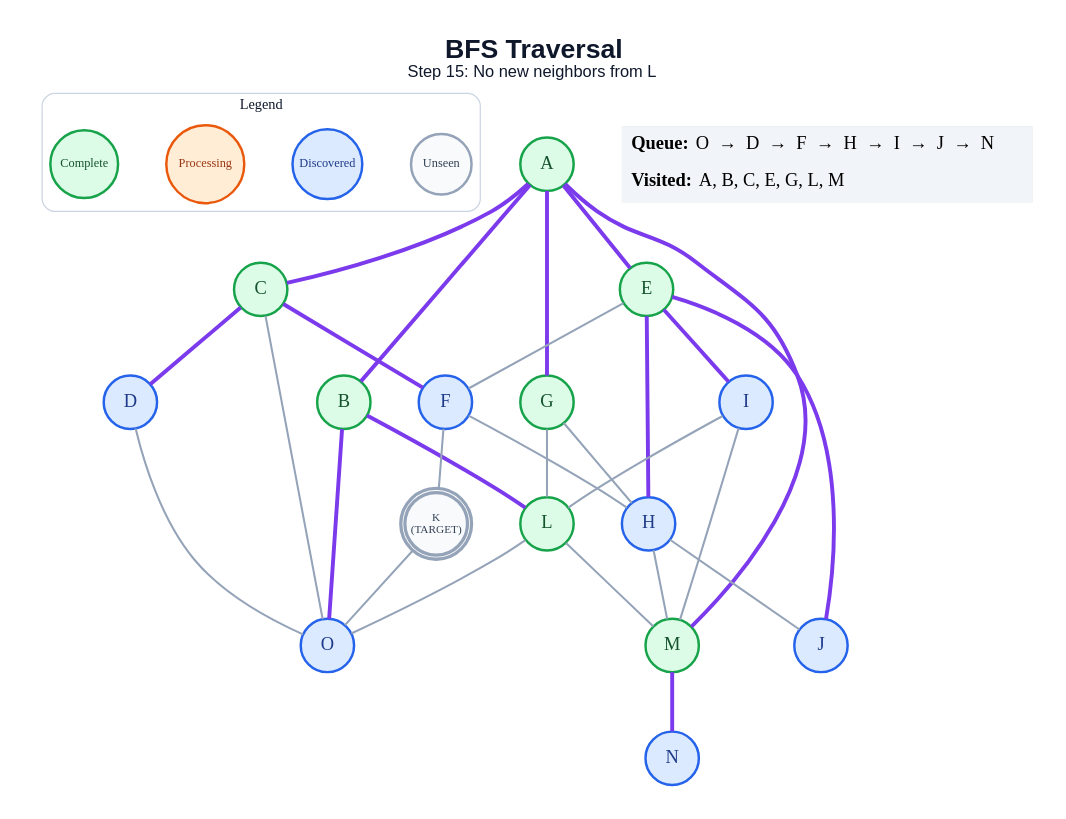
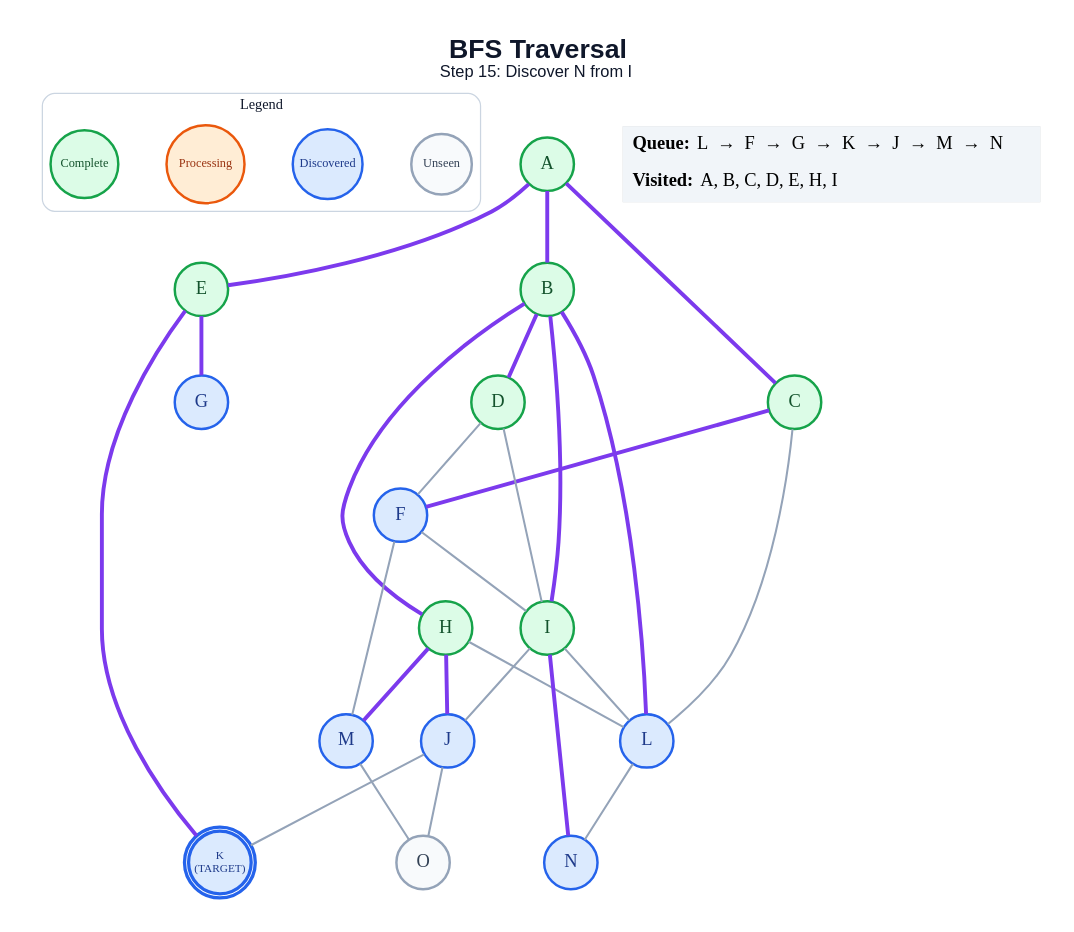
Before and after one commit to anon7238593-create/ai-slop: the diagram in generated/specific-node/bfs/step_15.dot, drawn with Graphviz. The commit also changed 277 other files, not shown here.

```diff
--- a/generated/specific-node/bfs/step_15.dot
+++ b/generated/specific-node/bfs/step_15.dot
@@ -1,61 +1,59 @@
 graph traversal {
   graph [layout=dot, rankdir=TB, bgcolor="#FFFFFF", pad="0.35", nodesep="0.65", ranksep="0.8", fontname="Arial"];
   node [shape=circle, style="filled", fontname="Arial Bold", fontsize=18, width=0.72, fixedsize=true, penwidth=2.4];
   edge [color="#94A3B8", penwidth=2.0];
-  label=<<B>BFS Traversal</B><BR/><FONT POINT-SIZE="16">Step 15: No new neighbors from L</FONT>>; labelloc="t"; fontsize=26; fontname="Arial"; fontcolor="#0F172A";
+  label=<<B>BFS Traversal</B><BR/><FONT POINT-SIZE="16">Step 15: Discover N from I</FONT>>; labelloc="t"; fontsize=26; fontname="Arial"; fontcolor="#0F172A";
   subgraph cluster_legend { label="Legend"; color="#CBD5E1"; penwidth=1.2; style="rounded"; fontsize=14; fontname="Arial Bold";
     key_unseen [label="Unseen", fillcolor="#F8FAFC", color="#94A3B8", fontcolor="#334155", fontsize=12, width=0.82];
     key_frontier [label="Discovered", fillcolor="#DBEAFE", color="#2563EB", fontcolor="#1E3A8A", fontsize=12, width=0.95];
     key_current [label="Processing", fillcolor="#FFEDD5", color="#EA580C", fontcolor="#9A3412", fontsize=12, width=1.05];
     key_done [label="Complete", fillcolor="#DCFCE7", color="#16A34A", fontcolor="#14532D", fontsize=12, width=0.92];
     { rank=same; key_unseen; key_frontier; key_current; key_done; }
   }
   A [label="A", fillcolor="#DCFCE7", color="#16A34A", fontcolor="#14532D", peripheries=1, penwidth=2.4];
   B [label="B", fillcolor="#DCFCE7", color="#16A34A", fontcolor="#14532D", peripheries=1, penwidth=2.4];
   C [label="C", fillcolor="#DCFCE7", color="#16A34A", fontcolor="#14532D", peripheries=1, penwidth=2.4];
-  D [label="D", fillcolor="#DBEAFE", color="#2563EB", fontcolor="#1E3A8A", peripheries=1, penwidth=2.4];
+  D [label="D", fillcolor="#DCFCE7", color="#16A34A", fontcolor="#14532D", peripheries=1, penwidth=2.4];
   E [label="E", fillcolor="#DCFCE7", color="#16A34A", fontcolor="#14532D", peripheries=1, penwidth=2.4];
   F [label="F", fillcolor="#DBEAFE", color="#2563EB", fontcolor="#1E3A8A", peripheries=1, penwidth=2.4];
-  G [label="G", fillcolor="#DCFCE7", color="#16A34A", fontcolor="#14532D", peripheries=1, penwidth=2.4];
-  H [label="H", fillcolor="#DBEAFE", color="#2563EB", fontcolor="#1E3A8A", peripheries=1, penwidth=2.4];
-  I [label="I", fillcolor="#DBEAFE", color="#2563EB", fontcolor="#1E3A8A", peripheries=1, penwidth=2.4];
+  G [label="G", fillcolor="#DBEAFE", color="#2563EB", fontcolor="#1E3A8A", peripheries=1, penwidth=2.4];
+  H [label="H", fillcolor="#DCFCE7", color="#16A34A", fontcolor="#14532D", peripheries=1, penwidth=2.4];
+  I [label="I", fillcolor="#DCFCE7", color="#16A34A", fontcolor="#14532D", peripheries=1, penwidth=2.4];
   J [label="J", fillcolor="#DBEAFE", color="#2563EB", fontcolor="#1E3A8A", peripheries=1, penwidth=2.4];
-  K [label="K\n(TARGET)", fillcolor="#F8FAFC", color="#94A3B8", fontcolor="#334155", peripheries=2, penwidth=3.2, fontsize=11, width=0.85, height=0.85];
-  L [label="L", fillcolor="#DCFCE7", color="#16A34A", fontcolor="#14532D", peripheries=1, penwidth=2.4];
-  M [label="M", fillcolor="#DCFCE7", color="#16A34A", fontcolor="#14532D", peripheries=1, penwidth=2.4];
+  K [label="K\n(TARGET)", fillcolor="#DBEAFE", color="#2563EB", fontcolor="#1E3A8A", peripheries=2, penwidth=3.2, fontsize=11, width=0.85, height=0.85];
+  L [label="L", fillcolor="#DBEAFE", color="#2563EB", fontcolor="#1E3A8A", peripheries=1, penwidth=2.4];
+  M [label="M", fillcolor="#DBEAFE", color="#2563EB", fontcolor="#1E3A8A", peripheries=1, penwidth=2.4];
   N [label="N", fillcolor="#DBEAFE", color="#2563EB", fontcolor="#1E3A8A", peripheries=1, penwidth=2.4];
-  O [label="O", fillcolor="#DBEAFE", color="#2563EB", fontcolor="#1E3A8A", peripheries=1, penwidth=2.4];
+  O [label="O", fillcolor="#F8FAFC", color="#94A3B8", fontcolor="#334155", peripheries=1, penwidth=2.4];
   A -- B [color="#7C3AED", penwidth=3.8];
   A -- C [color="#7C3AED", penwidth=3.8];
   A -- E [color="#7C3AED", penwidth=3.8];
-  A -- G [color="#7C3AED", penwidth=3.8];
-  A -- M [color="#7C3AED", penwidth=3.8];
+  B -- D [color="#7C3AED", penwidth=3.8];
+  B -- H [color="#7C3AED", penwidth=3.8];
+  B -- I [color="#7C3AED", penwidth=3.8];
   B -- L [color="#7C3AED", penwidth=3.8];
-  B -- O [color="#7C3AED", penwidth=3.8];
-  C -- D [color="#7C3AED", penwidth=3.8];
   C -- F [color="#7C3AED", penwidth=3.8];
-  C -- O;
-  D -- O;
-  E -- F;
-  E -- H [color="#7C3AED", penwidth=3.8];
-  E -- I [color="#7C3AED", penwidth=3.8];
-  E -- J [color="#7C3AED", penwidth=3.8];
-  F -- H;
-  F -- K;
-  G -- H;
-  G -- L;
-  H -- J;
-  H -- M;
+  C -- L;
+  D -- F;
+  D -- I;
+  E -- G [color="#7C3AED", penwidth=3.8];
+  E -- K [color="#7C3AED", penwidth=3.8];
+  F -- I;
+  F -- M;
+  H -- J [color="#7C3AED", penwidth=3.8];
+  H -- L;
+  H -- M [color="#7C3AED", penwidth=3.8];
+  I -- J;
   I -- L;
-  I -- M;
-  K -- O;
-  L -- M;
-  L -- O;
-  M -- N [color="#7C3AED", penwidth=3.8];
+  I -- N [color="#7C3AED", penwidth=3.8];
+  J -- K;
+  J -- O;
+  L -- N;
+  M -- O;
   status [shape=plain, fixedsize=false, width=0, height=0, margin=0, label=<
     <TABLE BORDER="0" CELLBORDER="0" CELLPADDING="7" BGCOLOR="#F1F5F9">
-      <TR><TD ALIGN="LEFT"><B>Queue:</B> O  →  D  →  F  →  H  →  I  →  J  →  N</TD></TR>
-      <TR><TD ALIGN="LEFT"><B>Visited:</B> A, B, C, E, G, L, M</TD></TR>
+      <TR><TD ALIGN="LEFT"><B>Queue:</B> L  →  F  →  G  →  K  →  J  →  M  →  N</TD></TR>
+      <TR><TD ALIGN="LEFT"><B>Visited:</B> A, B, C, D, E, H, I</TD></TR>
     </TABLE>
   >];
 }
```
